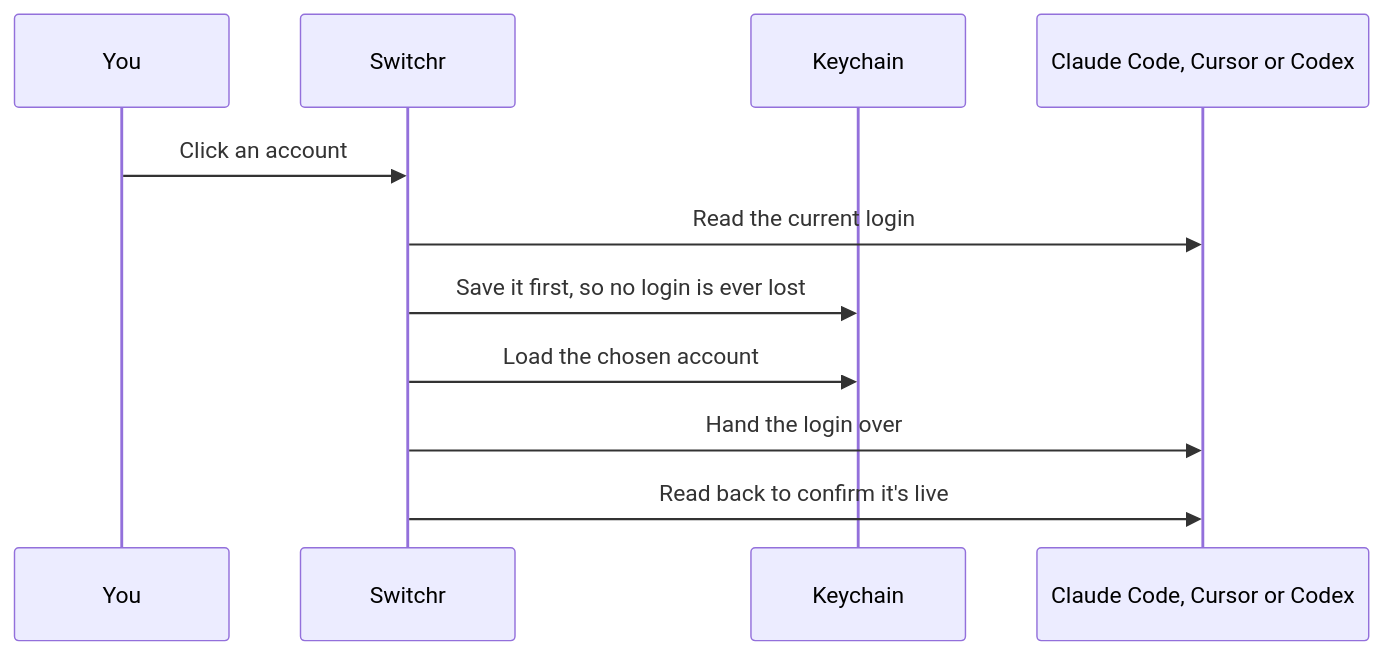
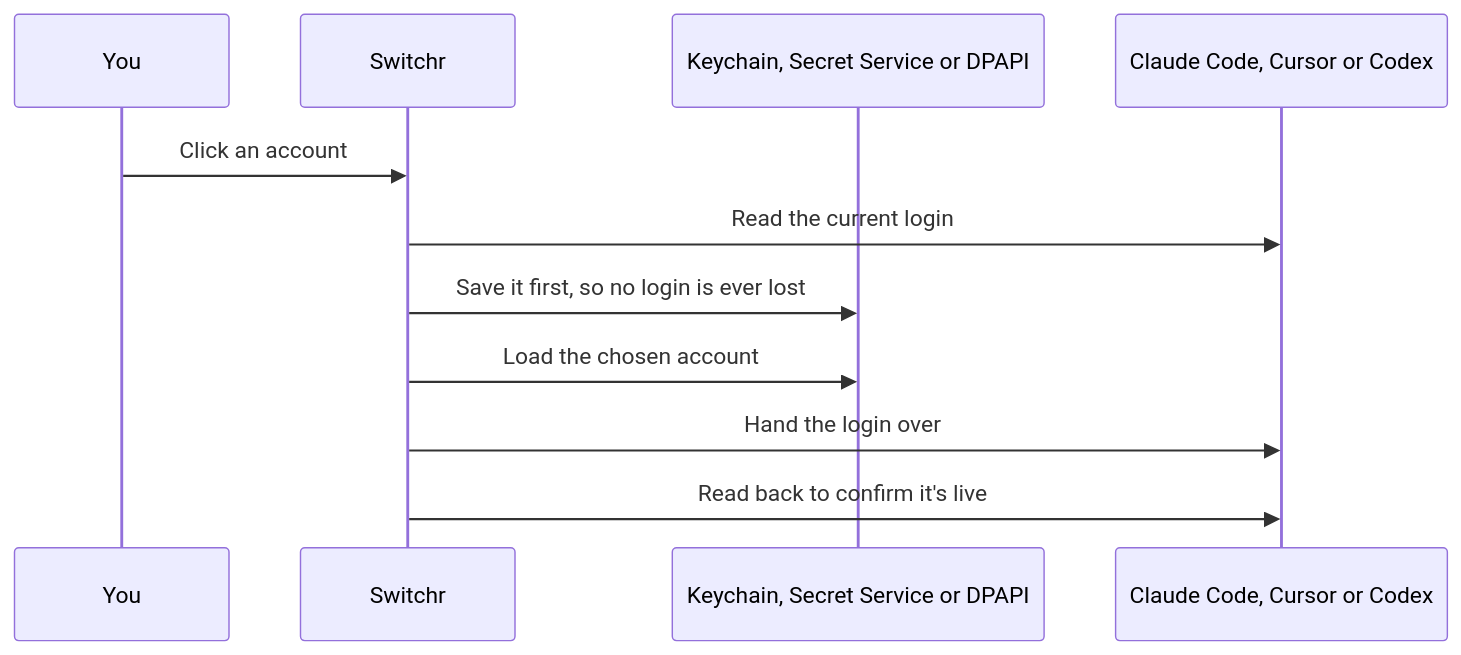
One commit to dominikzabcik/keyhop changed the diagram in README.md. Above: the diagram before and after it, drawn with Mermaid. The commit also changed other lines of this file and 71 other files, not shown here.

````diff
--- a/README.md
+++ b/README.md
@@ -81,13 +124,13 @@
 ```mermaid
 sequenceDiagram
     participant You
     participant Switchr
-    participant Keychain
+    participant Store as Keychain, Secret Service or DPAPI
     participant Tool as Claude Code, Cursor or Codex
     You->>Switchr: Click an account
     Switchr->>Tool: Read the current login
-    Switchr->>Keychain: Save it first, so no login is ever lost
-    Switchr->>Keychain: Load the chosen account
+    Switchr->>Store: Save it first, so no login is ever lost
+    Switchr->>Store: Load the chosen account
     Switchr->>Tool: Hand the login over
     Switchr->>Tool: Read back to confirm it's live
 ```
````
